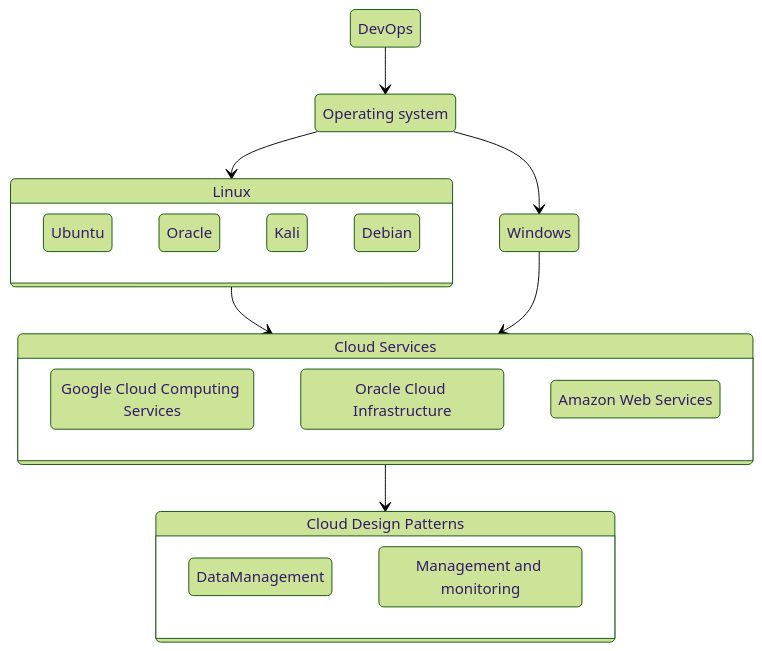
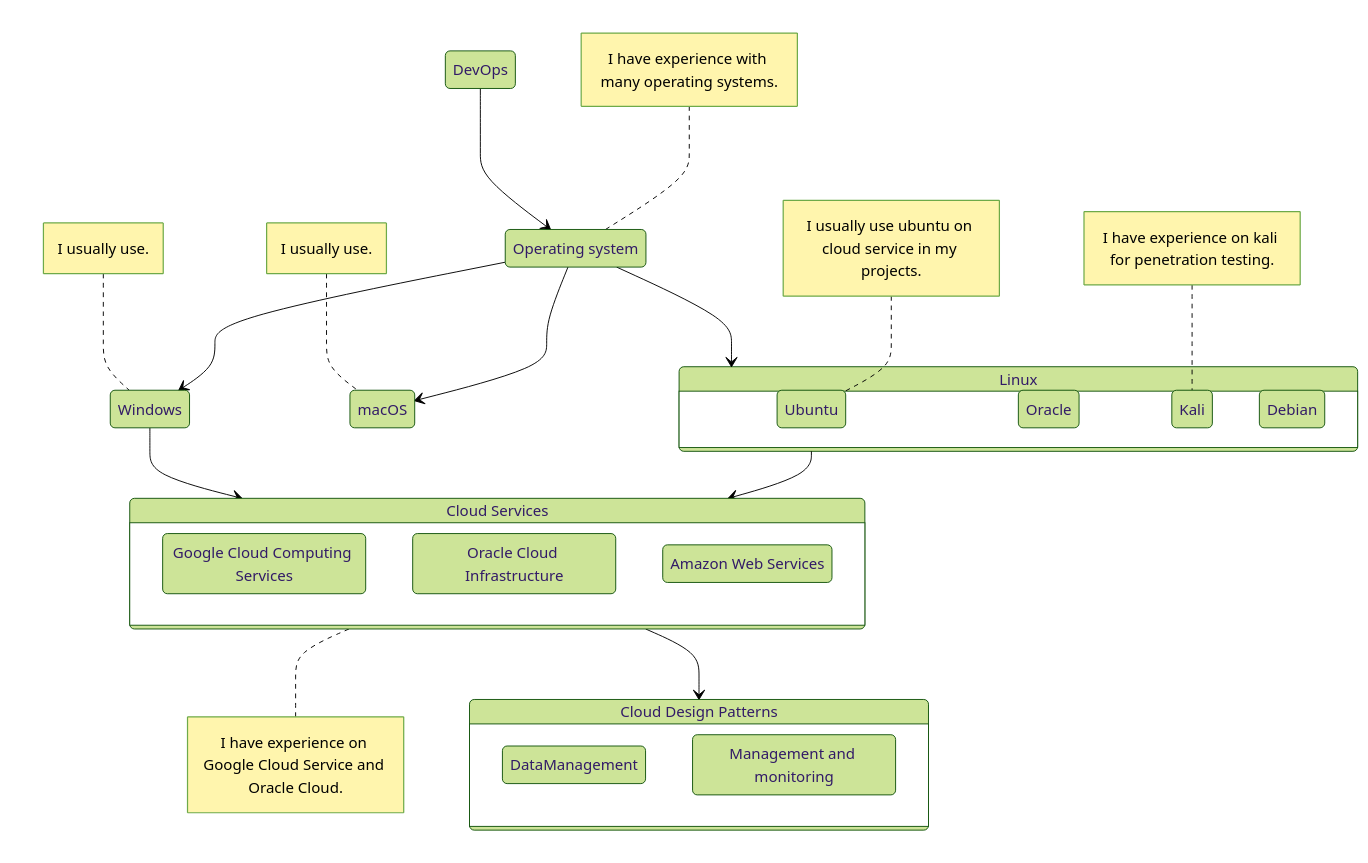
Before and after one commit to farunurisonmez/farunurisonmez: the fourth of 4 diagrams in README.md, drawn with Mermaid (forest theme).

````diff
--- a/README.md
+++ b/README.md
@@ -113,29 +113,37 @@
 ```mermaid
   stateDiagram-v2
     OperatingSystem: Operating system
+    note left of OperatingSystem : I have experience with many operating systems.
     DevOps --> OperatingSystem
     Windows: Windows
     OperatingSystem --> Windows
+    macOS: macOS
+    OperatingSystem --> macOS
+    note left of Windows : I usually use.
+    note left of macOS : I usually use.
     Linux: Linux
     OperatingSystem --> Linux
     state Linux {
         Ubuntu: Ubuntu
+        note left of Ubuntu : I usually use ubuntu on cloud service in my projects.
         Oracle: Oracle
         KaliLinux: Kali
+        note left of KaliLinux : I have experience on kali for penetration testing.
         Debian: Debian
     }
     CloudServices: Cloud Services
+    note right of CloudServices : I have experience on Google Cloud Service and Oracle Cloud.
     Linux --> CloudServices
     Windows --> CloudServices
     state CloudServices {
         GoogleCloud: Google Cloud Computing Services
         OracleCloud: Oracle Cloud Infrastructure
         AWS: Amazon Web Services
     }
     CloudDesignPatterns: Cloud Design Patterns
     CloudServices --> CloudDesignPatterns
     state CloudDesignPatterns {
         DataManagement: DataManagement
         Managementandmonitoring: Management and monitoring
     }
 ```
````
